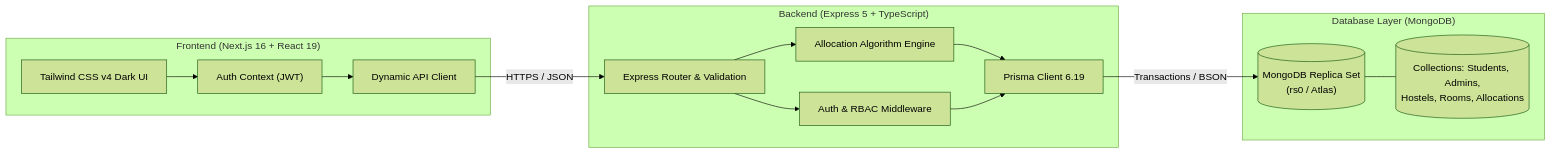
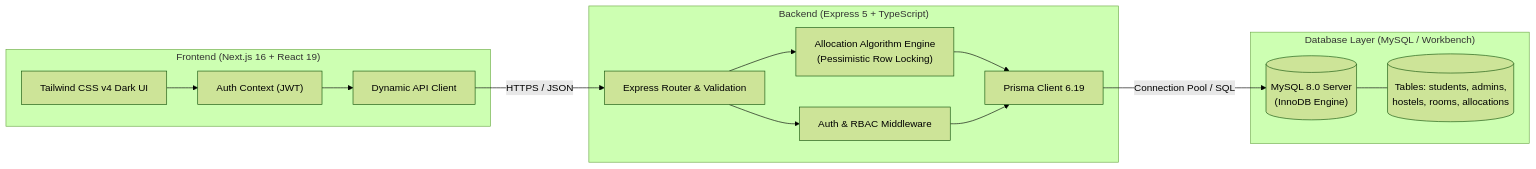
One commit to sanchitupneja/DBMS-Capstone-Project changed the diagram in README.md. Above: the diagram before and after it, drawn with Mermaid (forest theme). The commit also changed other lines of this file and 19 other files, not shown here.

Commit message:
feat(database): switch database from MongoDB to MySQL with MySQL Workbench support

````diff
--- a/README.md
+++ b/README.md
@@ -64,30 +62,30 @@
 ```mermaid
 flowchart LR
     subgraph Client ["Frontend (Next.js 16 + React 19)"]
         UI["Tailwind CSS v4 Dark UI"]
         AuthCtx["Auth Context (JWT)"]
         ApiClient["Dynamic API Client"]
     end
 
     subgraph Server ["Backend (Express 5 + TypeScript)"]
         Router["Express Router & Validation"]
         AuthCtrl["Auth & RBAC Middleware"]
-        AllocEngine["Allocation Algorithm Engine"]
+        AllocEngine["Allocation Algorithm Engine\n(Pessimistic Row Locking)"]
         PrismaORM["Prisma Client 6.19"]
     end
 
-    subgraph Database ["Database Layer (MongoDB)"]
-        MongoReplSet[("MongoDB Replica Set\n(rs0 / Atlas)")]
-        Collections[("Collections: Students, Admins,\nHostels, Rooms, Allocations")]
+    subgraph Database ["Database Layer (MySQL / Workbench)"]
+        MySQLDb[("MySQL 8.0 Server\n(InnoDB Engine)")]
+        Tables[("Tables: students, admins,\nhostels, rooms, allocations")]
     end
 
     UI --> AuthCtx
     AuthCtx --> ApiClient
     ApiClient -->|HTTPS / JSON| Router
     Router --> AuthCtrl
     Router --> AllocEngine
     AllocEngine --> PrismaORM
     AuthCtrl --> PrismaORM
-    PrismaORM -->|Transactions / BSON| MongoReplSet
-    MongoReplSet --- Collections
+    PrismaORM -->|Connection Pool / SQL| MySQLDb
+    MySQLDb --- Tables
 ```
````
